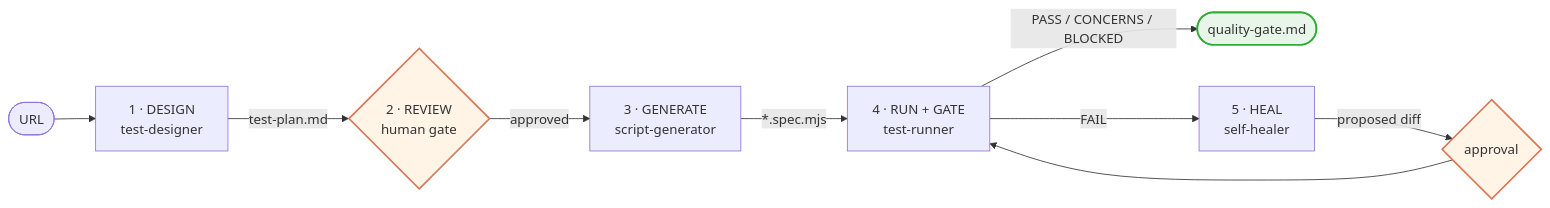
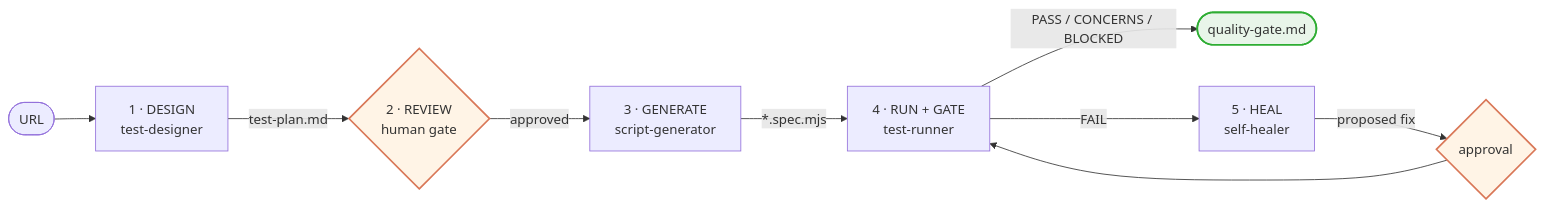
The diagram in README.md (phamvanhoang9/web-test-agent), drawn with Mermaid before and after one commit. The commit also changed other lines of this file and 4 other files, not shown here.

````diff
--- a/README.md
+++ b/README.md
@@ -56,15 +56,15 @@
 ```mermaid
 flowchart LR
     U([URL]) --> D[1 · DESIGN<br/>test-designer]
     D -->|test-plan.md| H{2 · REVIEW<br/>human gate}
     H -->|approved| G[3 · GENERATE<br/>script-generator]
     G -->|*.spec.mjs| R[4 · RUN + GATE<br/>test-runner]
     R -->|PASS / CONCERNS / BLOCKED| OK([quality-gate.md])
     R -->|FAIL| S[5 · HEAL<br/>self-healer]
-    S -->|proposed diff| H2{approval}
+    S -->|proposed fix| H2{approval}
     H2 --> R
 
     style H fill:#fff4e6,stroke:#d97757,stroke-width:2px
     style H2 fill:#fff4e6,stroke:#d97757,stroke-width:2px
     style OK fill:#e8f5e9,stroke:#2ead33,stroke-width:2px
 ```
````
